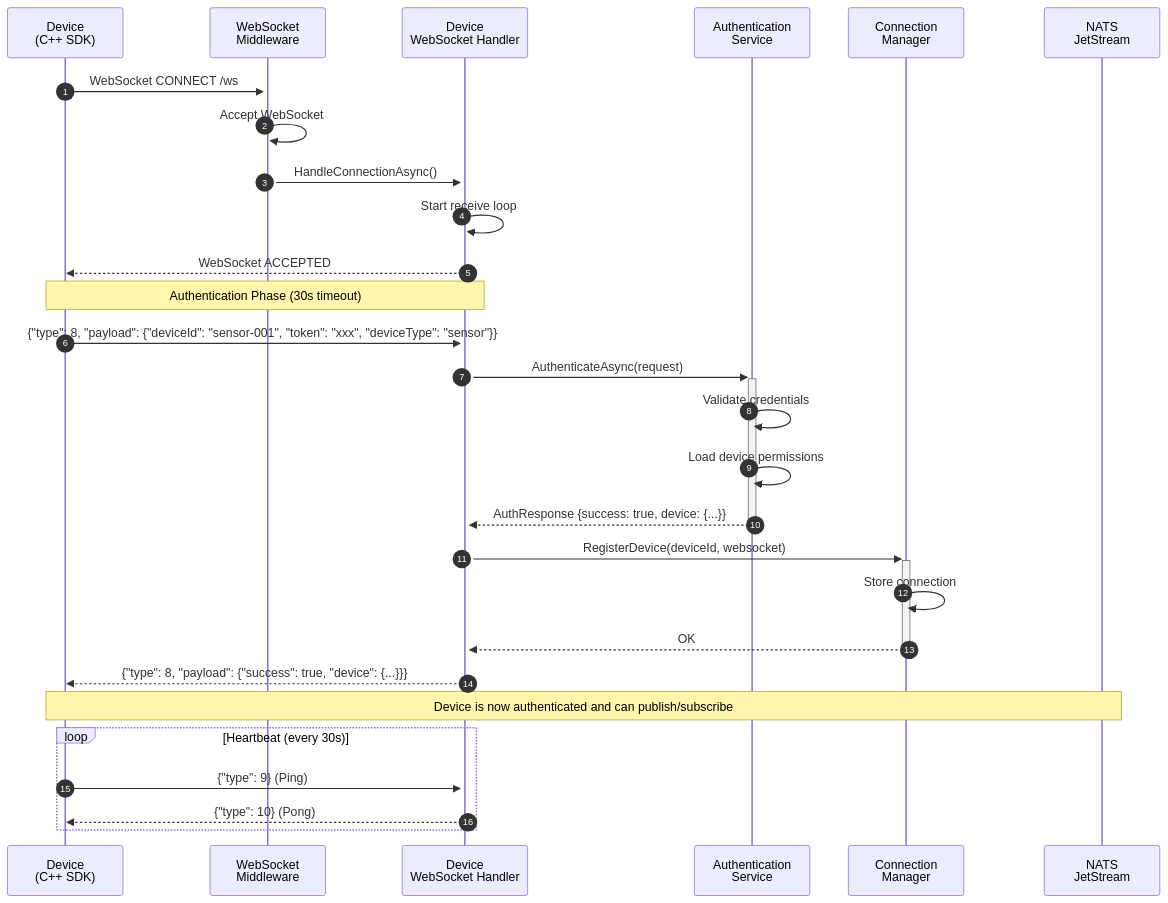
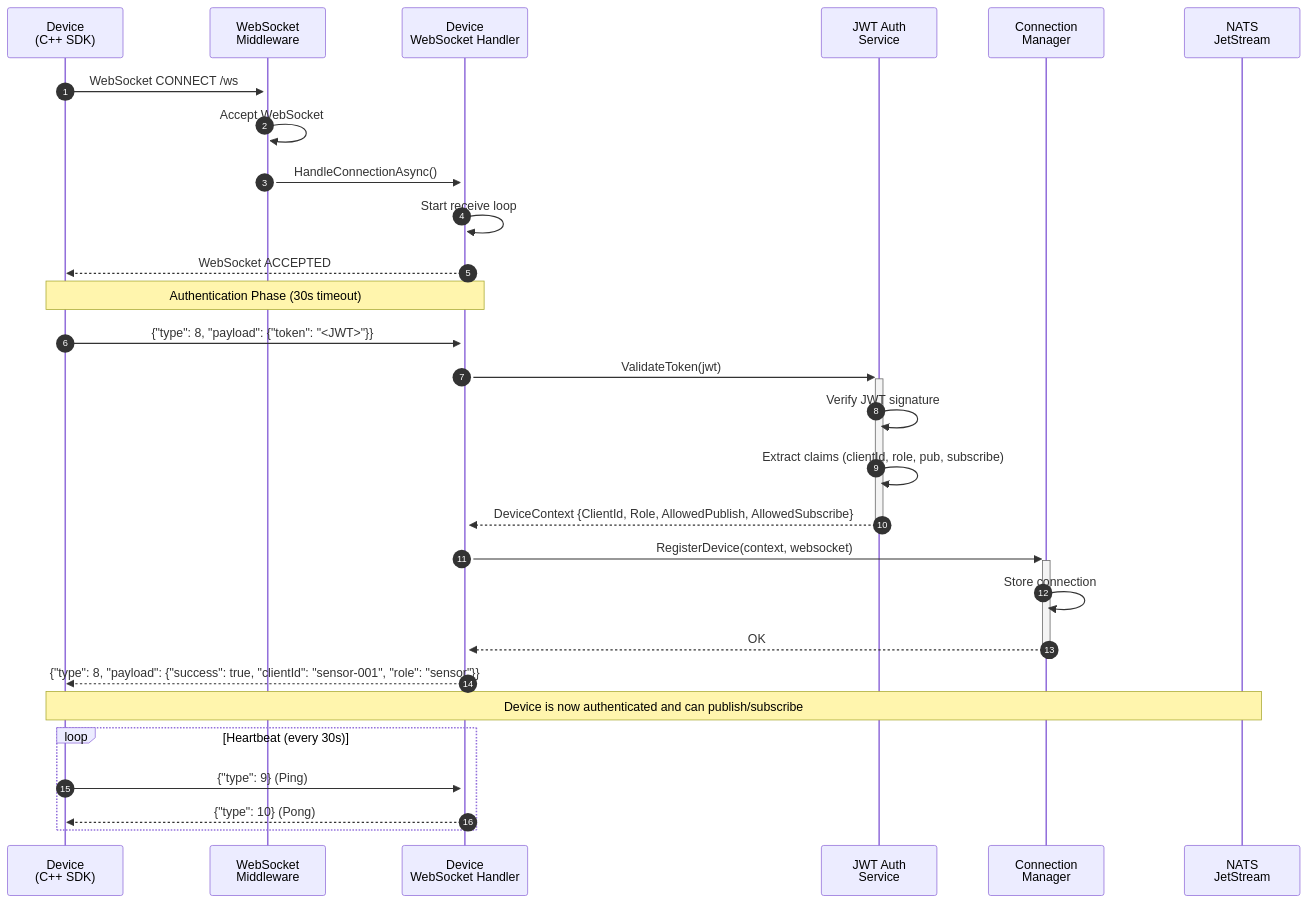
Before and after one commit to jtayl222/nats-websocket-bridge: the first of 16 diagrams in docs/diagrams/sequence-diagrams.md, drawn with Mermaid. The commit also changed other lines of this file and 8 other files, not shown here.

````diff
--- a/docs/diagrams/sequence-diagrams.md
+++ b/docs/diagrams/sequence-diagrams.md
@@ -7,38 +7,38 @@
 ```mermaid
 sequenceDiagram
     autonumber
     participant Device as Device<br/>(C++ SDK)
     participant WS as WebSocket<br/>Middleware
     participant Handler as Device<br/>WebSocket Handler
-    participant Auth as Authentication<br/>Service
+    participant Auth as JWT Auth<br/>Service
     participant ConnMgr as Connection<br/>Manager
     participant NATS as NATS<br/>JetStream
 
     Device->>+WS: WebSocket CONNECT /ws
     WS->>WS: Accept WebSocket
     WS->>+Handler: HandleConnectionAsync()
     Handler->>Handler: Start receive loop
     Handler-->>Device: WebSocket ACCEPTED
 
     Note over Device,Handler: Authentication Phase (30s timeout)
 
-    Device->>Handler: {"type": 8, "payload": {"deviceId": "sensor-001", "token": "xxx", "deviceType": "sensor"}}
+    Device->>Handler: {"type": 8, "payload": {"token": "<JWT>"}}
 
-    Handler->>+Auth: AuthenticateAsync(request)
-    Auth->>Auth: Validate credentials
-    Auth->>Auth: Load device permissions
-    Auth-->>-Handler: AuthResponse {success: true, device: {...}}
+    Handler->>+Auth: ValidateToken(jwt)
+    Auth->>Auth: Verify JWT signature
+    Auth->>Auth: Extract claims (clientId, role, pub, subscribe)
+    Auth-->>-Handler: DeviceContext {ClientId, Role, AllowedPublish, AllowedSubscribe}
 
-    Handler->>+ConnMgr: RegisterDevice(deviceId, websocket)
+    Handler->>+ConnMgr: RegisterDevice(context, websocket)
     ConnMgr->>ConnMgr: Store connection
     ConnMgr-->>-Handler: OK
 
-    Handler-->>Device: {"type": 8, "payload": {"success": true, "device": {...}}}
+    Handler-->>Device: {"type": 8, "payload": {"success": true, "clientId": "sensor-001", "role": "sensor"}}
 
     Note over Device,NATS: Device is now authenticated and can publish/subscribe
 
     loop Heartbeat (every 30s)
         Device->>Handler: {"type": 9} (Ping)
         Handler-->>Device: {"type": 10} (Pong)
     end
 ```
````
